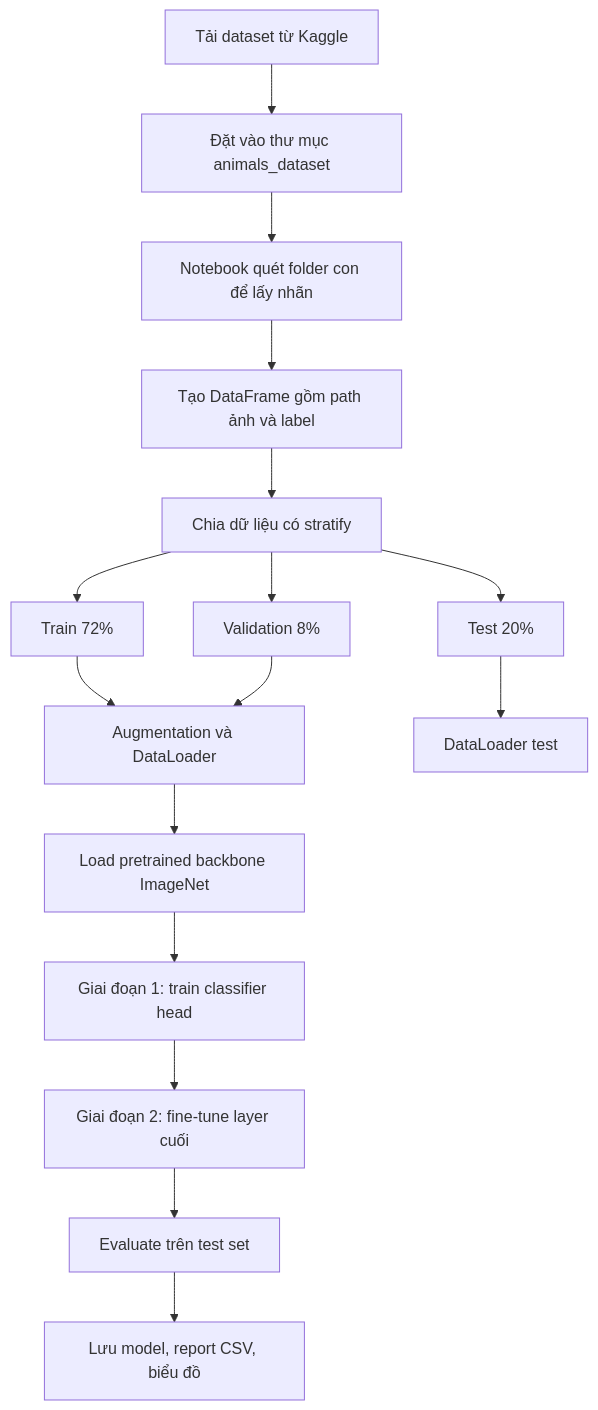
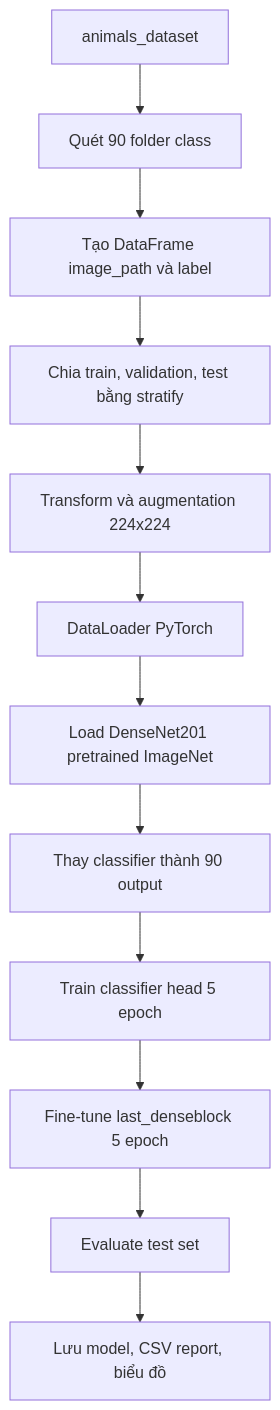
One commit to dangtai111325/90-Animals-Classification changed the diagram in README.md. Above: the diagram before and after it, drawn with Mermaid. The commit also changed other lines of this file and 15 other files, not shown here.

Commit message:
Add DenseNet201 animal classifier

````diff
--- a/README.md
+++ b/README.md
@@ -59,18 +29,14 @@
 ```mermaid
 flowchart TD
-    A[Tải dataset từ Kaggle] --> B[Đặt vào thư mục animals_dataset]
-    B --> C[Notebook quét folder con để lấy nhãn]
-    C --> D[Tạo DataFrame gồm path ảnh và label]
-    D --> E[Chia dữ liệu có stratify]
-    E --> F[Train 72%]
-    E --> G[Validation 8%]
-    E --> H[Test 20%]
-    F --> I[Augmentation và DataLoader]
-    G --> I
-    H --> J[DataLoader test]
-    I --> K[Load pretrained backbone ImageNet]
-    K --> L[Giai đoạn 1: train classifier head]
-    L --> M[Giai đoạn 2: fine-tune layer cuối]
-    M --> N[Evaluate trên test set]
-    N --> O[Lưu model, report CSV, biểu đồ]
+    A[animals_dataset] --> B[Quét 90 folder class]
+    B --> C[Tạo DataFrame image_path và label]
+    C --> D[Chia train, validation, test bằng stratify]
+    D --> E[Transform và augmentation 224x224]
+    E --> F[DataLoader PyTorch]
+    F --> G[Load DenseNet201 pretrained ImageNet]
+    G --> H[Thay classifier thành 90 output]
+    H --> I[Train classifier head 5 epoch]
+    I --> J[Fine-tune last_denseblock 5 epoch]
+    J --> K[Evaluate test set]
+    K --> L[Lưu model, CSV report, biểu đồ]
 ```
````
